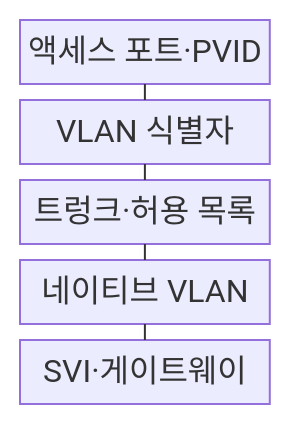
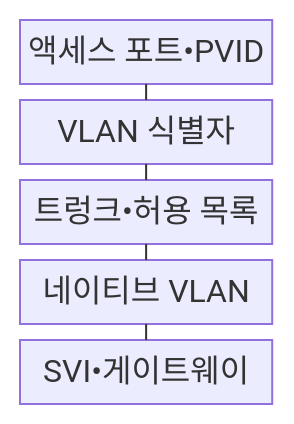
One commit to agnusdei1207/knowledge-base changed the first of 2 diagrams in src/content/docs/notes/04-network/016_vlan_trunk_access_port.md. Above: the diagram before and after it, drawn with Mermaid. The commit also changed other lines of this file and 953 other files, not shown here.

````diff
--- a/src/content/docs/notes/04-network/016_vlan_trunk_access_port.md
+++ b/src/content/docs/notes/04-network/016_vlan_trunk_access_port.md
@@ -70,13 +70,13 @@
 ```mermaid
 block-beta
     columns 1
-    A["액세스 포트·PVID"]
+    A["액세스 포트•PVID"]
     B["VLAN 식별자"]
-    C["트렁크·허용 목록"]
+    C["트렁크•허용 목록"]
     D["네이티브 VLAN"]
-    E["SVI·게이트웨이"]
+    E["SVI•게이트웨이"]
     A --- B
     B --- C
     C --- D
     D --- E
 ```
````
